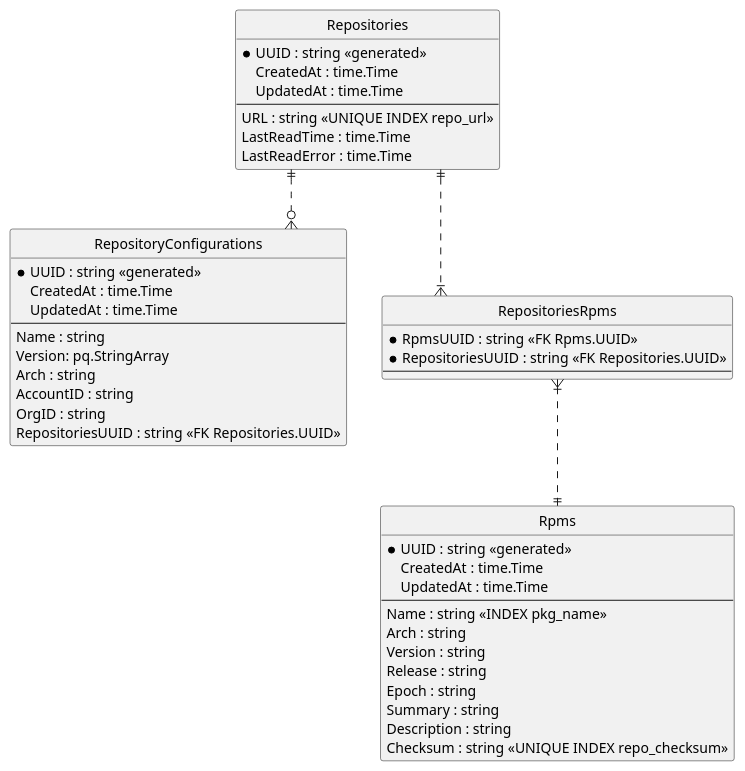
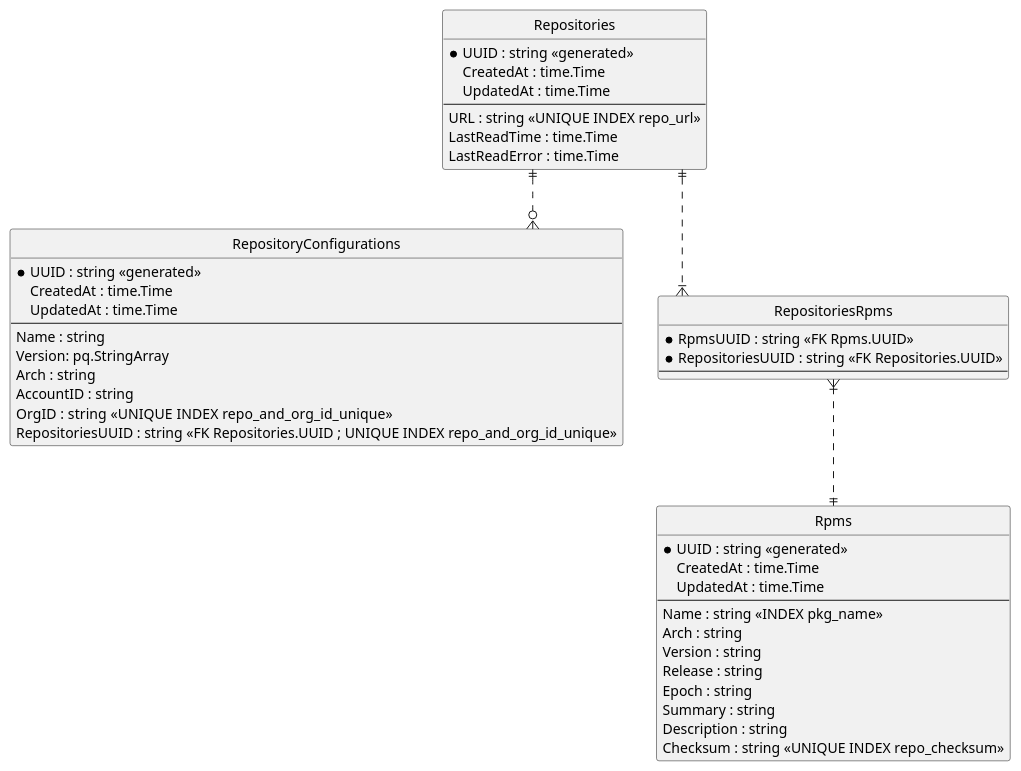
The diagram in docs/db-model.puml (content-services/content-sources-backend), drawn with PlantUML before and after one commit.

Commit message:
db:update uniqueness for org_id and url at RepositoryConfiguration table

```diff
--- a/docs/db-model.puml
+++ b/docs/db-model.puml
@@ -1,112 +1,112 @@
 @startuml db-model
 ' https://plantuml.com/ie-diagram
 
 hide circle
 
 ' avoid problems with angled crows feet
 skinparam linetype ortho
 
 ' GORM custom types
 ' https://gorm.io/docs/data_types.html
 
 ' NOTES
 ' - <<..>> syntax is not normalized, just a way to express different
 '   circunstances, as if the field is generated, or if the field is
 '   part of some index (to express uniqueness).
 
 ' Repositories
 ' Represent a repository
 entity "Repositories" as repos {
   *UUID : string <<generated>>
   CreatedAt : time.Time
   UpdatedAt : time.Time
   --
   ' Is this duplicated at RepositoryConfiguration?
   URL : string << UNIQUE INDEX repo_url >>
   ' Why do we save the value below?
   LastReadTime : time.Time
   ' Why do we save the value below?
   LastReadError : time.Time
   ' The repository configurations
   ' RepositoryConfigurations []RepositoryConfiguration
 }
 
 ' RepositoryConfigurations
 entity "RepositoryConfigurations" as repo_configs {
   ' Base
   *UUID : string <<generated>>
   CreatedAt : time.Time
   UpdatedAt : time.Time
   --
   Name : string
   ' URL : string
   Version: pq.StringArray
   Arch : string
   AccountID : string
-  OrgID : string
+  OrgID : string  << UNIQUE INDEX repo_and_org_id_unique >>
   ' https://gorm.io/docs/has_many.html
-  RepositoriesUUID : string << FK Repositories.UUID >>
+  RepositoriesUUID : string << FK Repositories.UUID ; UNIQUE INDEX repo_and_org_id_unique >>
   ' Related rpm packages to this repository
   ' RepositoryRpms : []RepositoryRpm
 }
 
 ' RepositoryAuthConfiguration
 ' DOC
 ' - `man dnf.conf`
 ' - https://www.golinuxcloud.com/set-up-proxy-for-yum-repository-linux/
 ' entity "RepositoryAuthConfiguration" as repo_auth_conf {
 '   *UUID : string <<generated>>
 '   CreatedAt : time.Time
 '   UpdatedAt : time.Time
 '   --
 '   Username : string
 '   Password : string
 '   Certificate : []byte
 ' }
 
 ' RepositoryRpm
 ' Represent to the RPM which belongs to a specific
 ' repository.
 ' - Each RPM entry belongs to one repository.
 ' - However the same RPM could exists in different repositories.
 entity "Rpms" as rpms {
   *UUID : string <<generated>>
   CreatedAt : time.Time
   UpdatedAt : time.Time
   --
   ' TODO Double check the fields for this table
   Name : string << INDEX pkg_name >>
   Arch : string
   Version : string
   Release : string
   Epoch : string
   Summary : string
   Description : string
   Checksum : string << UNIQUE INDEX repo_checksum >>
   ' RepositoriesUUID : string << FK Repositories.UUID >>
   ' https://gorm.io/docs/has_many.html
   ' RepositoriesConfigurationUUID : string << FK RepositoriesConfiguration.UUID >>
 }
 
 ' RepositoryRpmRepositories
 entity "RepositoriesRpms" as rpms_repo {
   *RpmsUUID : string << FK Rpms.UUID >>
   *RepositoriesUUID : string << FK Repositories.UUID >>
   --
 }
 
 ' RELATIONSHIPS
 
 ' - One Repository Configuration relate with one and only one
 '   repository.
 ' - One Repository is related with none or many respository
 '   configurations.
 ' - One Repository is related with none or many rpm packages.
 ' - One rpm package is related with one and only one repository.
 
 ' repo_auth_conf ||..|| repo_configs
 repos ||..o{ repo_configs
 repos ||..|{ rpms_repo
 rpms_repo }|..|| rpms
 
 @enduml
```
